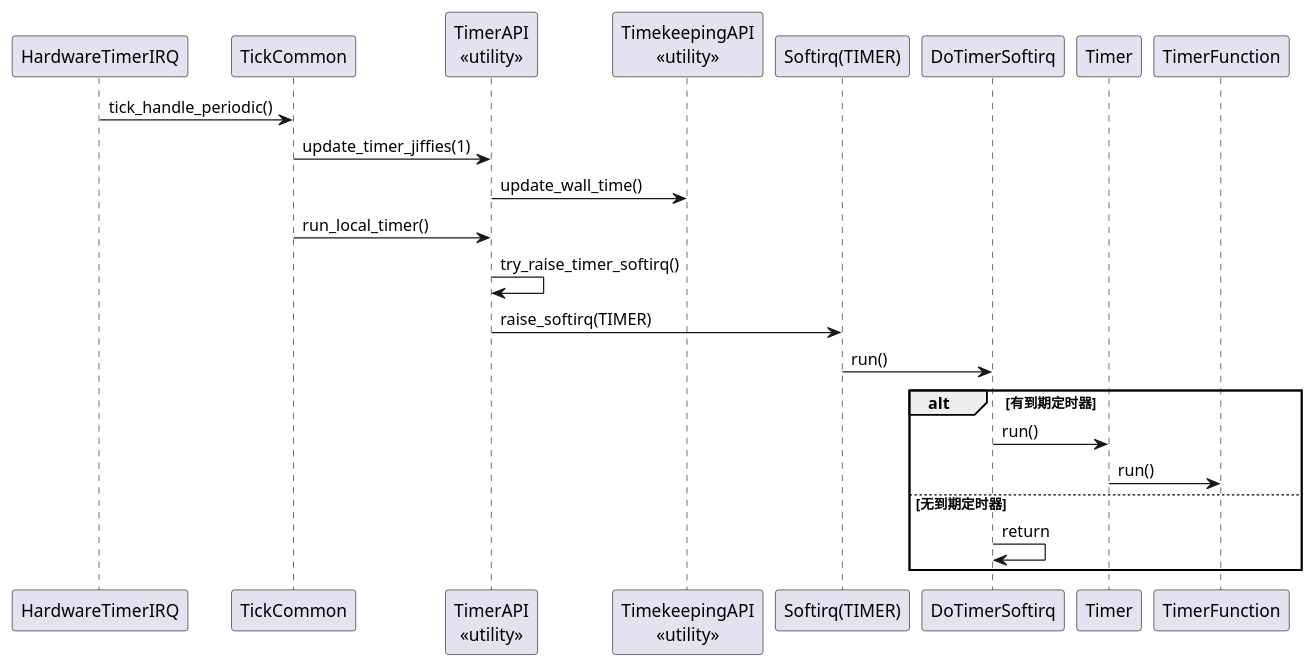
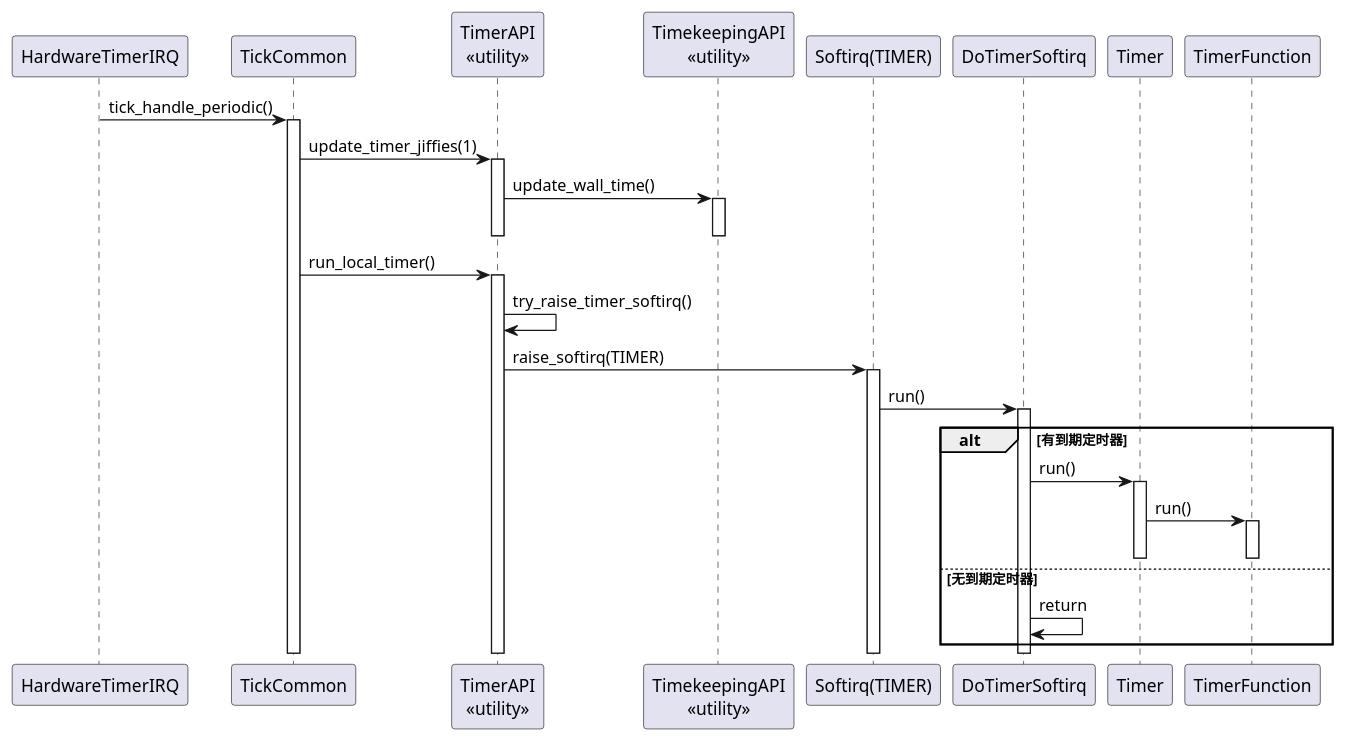
The fifth of 7 diagrams in kernel/src/time/README.md (mistcoversmyeyes/DragonOS), drawn with PlantUML before and after one commit. The commit also changed other lines of this file and 5 other files, not shown here.

````diff
--- a/kernel/src/time/README.md
+++ b/kernel/src/time/README.md
@@ -262,26 +262,42 @@
 ```plantuml
 @startuml
 participant "HardwareTimerIRQ" as IRQ
 participant "TickCommon" as TC
 participant "TimerAPI\n<<utility>>" as TMR
 participant "TimekeepingAPI\n<<utility>>" as TK
 participant "Softirq(TIMER)" as SIRQ
 participant "DoTimerSoftirq" as DTS
 participant "Timer" as T
 participant "TimerFunction" as TF
 
 IRQ -> TC : tick_handle_periodic()
+activate TC
 TC -> TMR : update_timer_jiffies(1)
+activate TMR
 TMR -> TK : update_wall_time()
+activate TK
+deactivate TK
+deactivate TMR
 TC -> TMR : run_local_timer()
+activate TMR
 TMR -> TMR : try_raise_timer_softirq()
 TMR -> SIRQ : raise_softirq(TIMER)
+activate SIRQ
 SIRQ -> DTS : run()
+activate DTS
 alt 有到期定时器
   DTS -> T : run()
+  activate T
   T -> TF : run()
+  activate TF
+  deactivate TF
+  deactivate T
 else 无到期定时器
   DTS -> DTS : return
 end
+deactivate DTS
+deactivate SIRQ
+deactivate TMR
+deactivate TC
 @enduml
 ```
````
